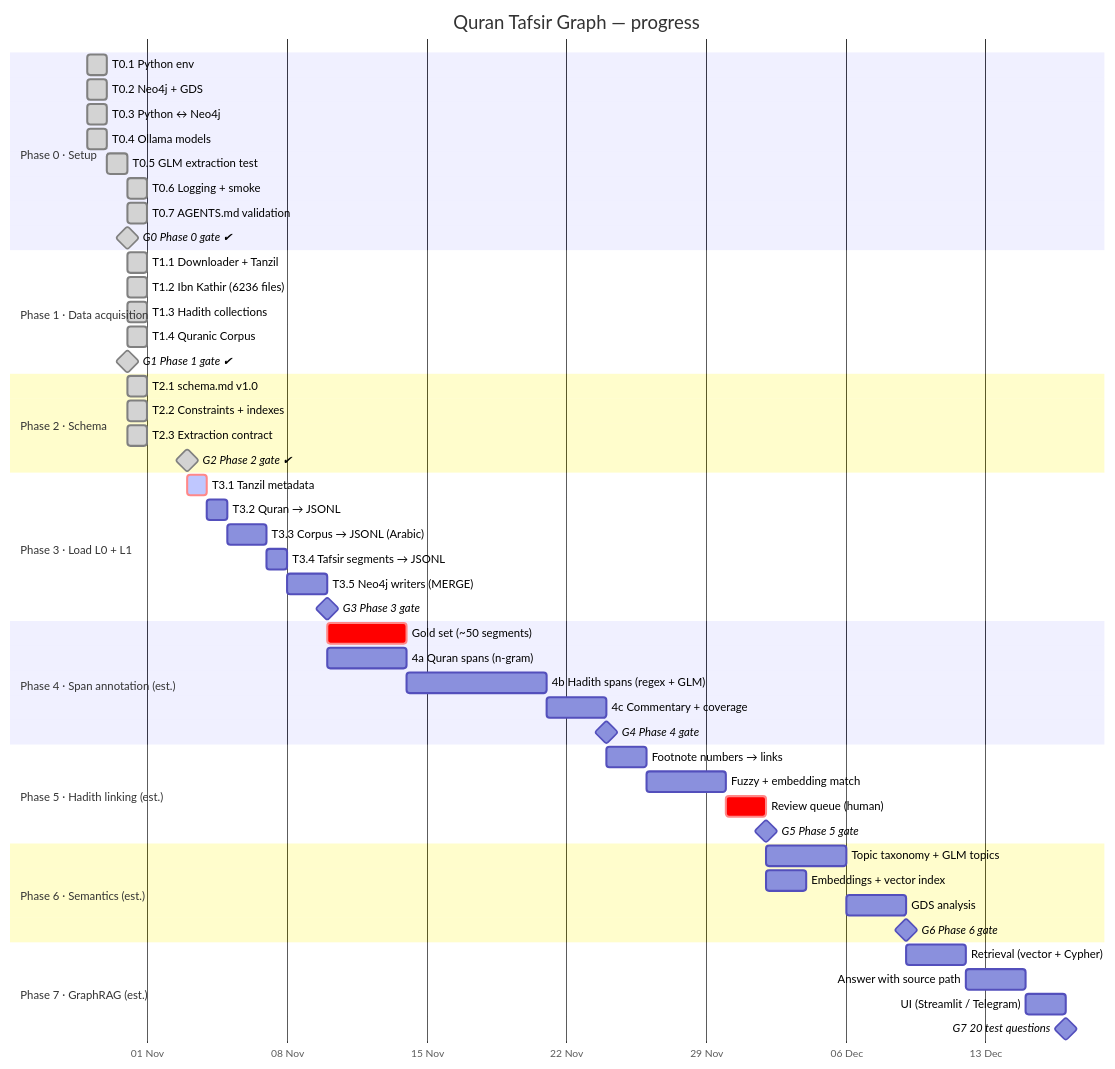
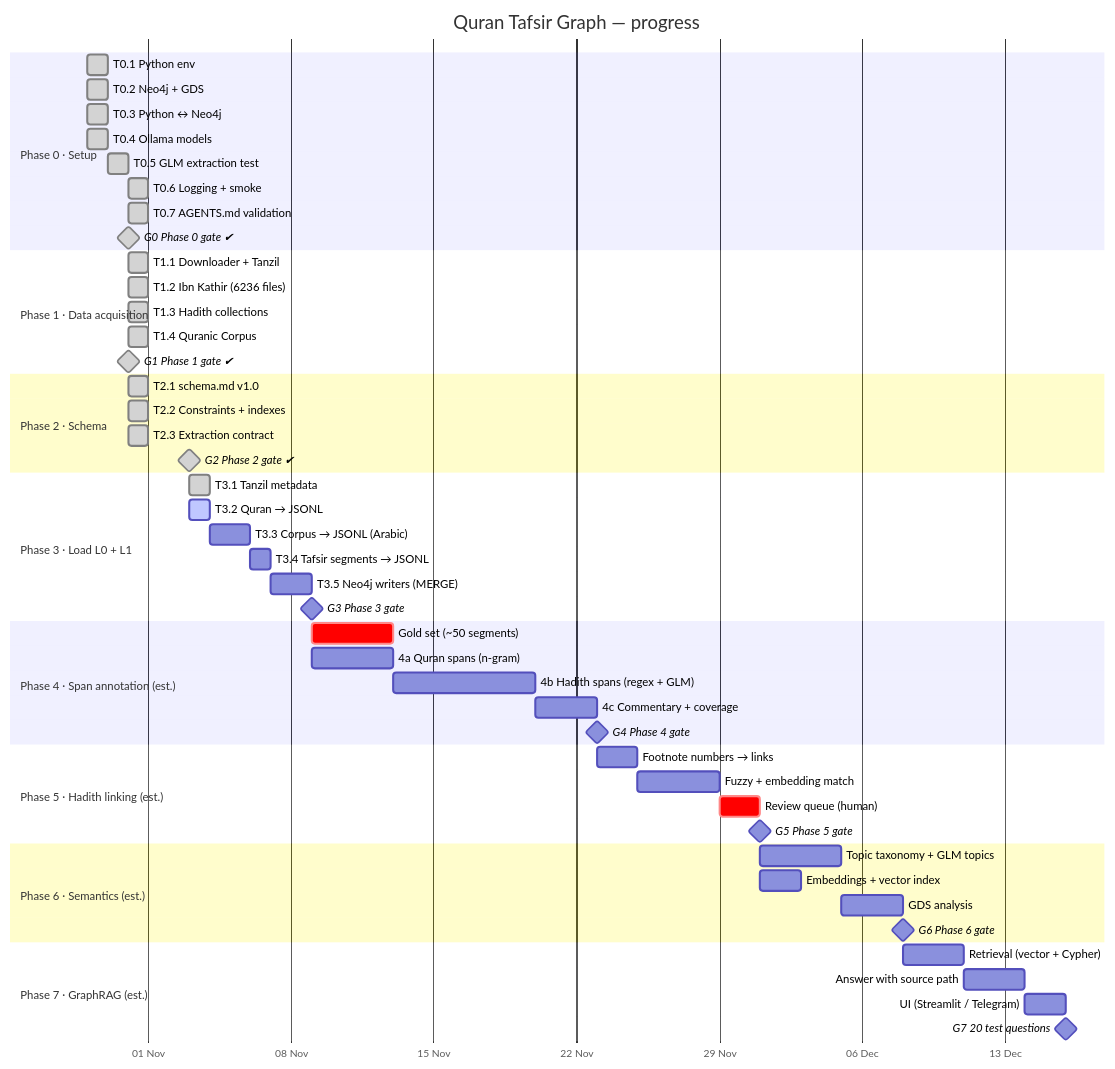
One commit to mohamed-soubhi/quran-graph changed the diagram in docs/GANTT.md. Above: the diagram before and after it, drawn with Mermaid. The commit also changed other lines of this file and 1 other file, not shown here.

Commit message:
T3.1 approved; T3.2 in progress
Claude-Session: https://claude.ai/code/session_01HtCFgjMNEDCf4YewDqZRyf

````diff
--- a/docs/GANTT.md
+++ b/docs/GANTT.md
@@ -9,63 +9,63 @@
 ```mermaid
 gantt
     title Quran Tafsir Graph — progress
     dateFormat YYYY-MM-DD
     axisFormat %d %b
     todayMarker stroke-width:3px,stroke:#d33
 
     section Phase 0 · Setup
     T0.1 Python env                 :done, t01, 2026-10-29, 1d
     T0.2 Neo4j + GDS                :done, t02, 2026-10-29, 1d
     T0.3 Python ↔ Neo4j             :done, t03, 2026-10-29, 1d
     T0.4 Ollama models              :done, t04, 2026-10-29, 1d
     T0.5 GLM extraction test        :done, t05, 2026-10-30, 1d
     T0.6 Logging + smoke            :done, t06, 2026-10-31, 1d
     T0.7 AGENTS.md validation       :done, t07, 2026-10-31, 1d
     G0 Phase 0 gate ✔               :milestone, done, g0, 2026-10-31, 0d
 
     section Phase 1 · Data acquisition
     T1.1 Downloader + Tanzil        :done, t11, 2026-10-31, 1d
     T1.2 Ibn Kathir (6236 files)    :done, t12, 2026-10-31, 1d
     T1.3 Hadith collections         :done, t13, 2026-10-31, 1d
     T1.4 Quranic Corpus            :done, t14, 2026-10-31, 1d
     G1 Phase 1 gate ✔               :milestone, done, g1, 2026-10-31, 0d
 
     section Phase 2 · Schema
     T2.1 schema.md v1.0            :done, t21, 2026-10-31, 1d
     T2.2 Constraints + indexes      :done, t22, 2026-10-31, 1d
     T2.3 Extraction contract        :done, t23, 2026-10-31, 1d
     G2 Phase 2 gate ✔               :milestone, done, g2, 2026-11-03, 0d
 
     section Phase 3 · Load L0 + L1
-    T3.1 Tanzil metadata            :crit, active, t31, 2026-11-03, 1d
-    T3.2 Quran → JSONL              :t32, after t31, 1d
+    T3.1 Tanzil metadata            :done, t31, 2026-11-03, 1d
+    T3.2 Quran → JSONL              :active, t32, 2026-11-03, 1d
     T3.3 Corpus → JSONL (Arabic)    :t33, after t32, 2d
     T3.4 Tafsir segments → JSONL    :t34, after t33, 1d
     T3.5 Neo4j writers (MERGE)      :p3b, after t34, 2d
     G3 Phase 3 gate                 :milestone, g3, after p3b, 0d
 
     section Phase 4 · Span annotation (est.)
     Gold set (~50 segments)         :crit, p4g, after g3, 4d
     4a Quran spans (n-gram)         :p4a, after g3, 4d
     4b Hadith spans (regex + GLM)   :p4b, after p4a, 7d
     4c Commentary + coverage        :p4c, after p4b, 3d
     G4 Phase 4 gate                 :milestone, g4, after p4c, 0d
 
     section Phase 5 · Hadith linking (est.)
     Footnote numbers → links        :p5a, after g4, 2d
     Fuzzy + embedding match         :p5b, after p5a, 4d
     Review queue (human)            :crit, p5c, after p5b, 2d
     G5 Phase 5 gate                 :milestone, g5, after p5c, 0d
 
     section Phase 6 · Semantics (est.)
     Topic taxonomy + GLM topics     :p6a, after g5, 4d
     Embeddings + vector index       :p6b, after g5, 2d
     GDS analysis                    :p6c, after p6a, 3d
     G6 Phase 6 gate                 :milestone, g6, after p6c, 0d
 
     section Phase 7 · GraphRAG (est.)
     Retrieval (vector + Cypher)     :p7a, after g6, 3d
     Answer with source path         :p7b, after p7a, 3d
     UI (Streamlit / Telegram)       :p7c, after p7b, 2d
     G7 20 test questions            :milestone, g7, after p7c, 0d
 ```
````
